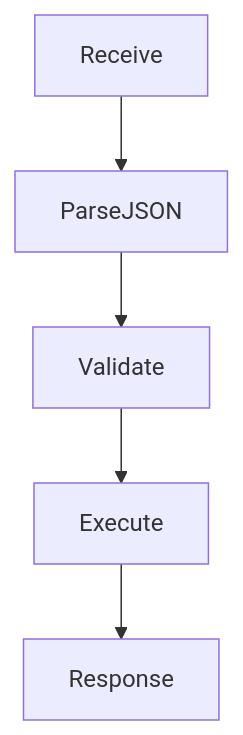
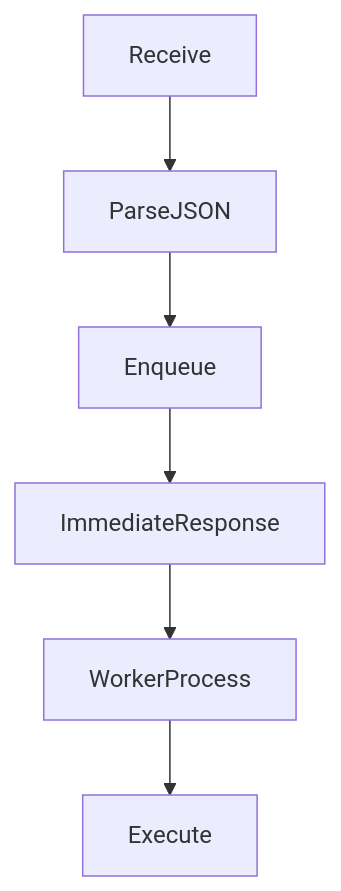
One commit to saibaduk1-netizen/getting-start changed the second of 3 diagrams in README.md. Above: the diagram before and after it, drawn with Mermaid. The commit also changed other lines of this file, not shown here.

````diff
--- a/README.md
+++ b/README.md
@@ -32,7 +61,8 @@
 ```mermaid
 flowchart TD
     Receive --> ParseJSON
-    ParseJSON --> Validate
-    Validate --> Execute
-    Execute --> Response
+    ParseJSON --> Enqueue
+    Enqueue --> ImmediateResponse
+    ImmediateResponse --> WorkerProcess
+    WorkerProcess --> Execute
 ```
````
